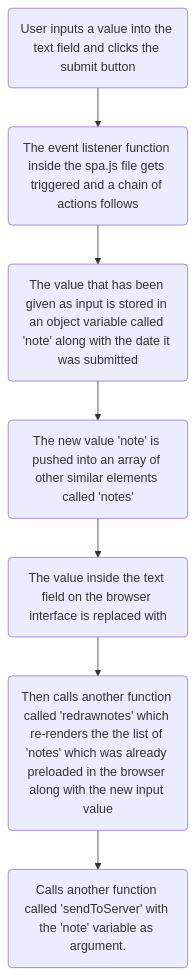
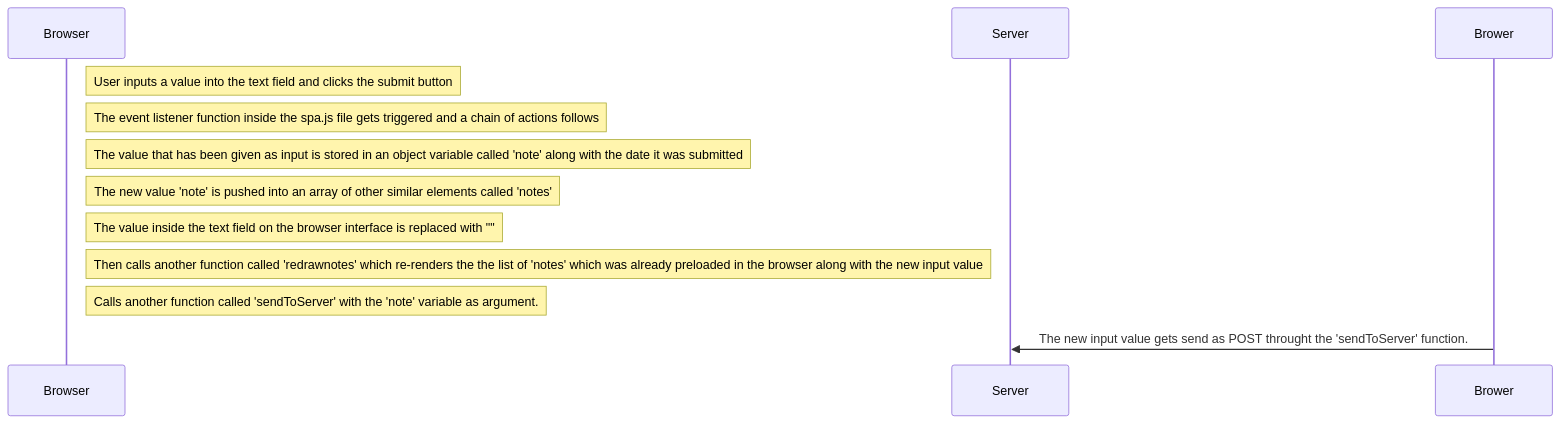
The diagram in part_0/new_note_in_spa_diagram.md (Deepesh2023/full-stack-open), drawn with Mermaid before and after one commit.

Commit message:
completed flowchart

````diff
--- a/part_0/new_note_in_spa_diagram.md
+++ b/part_0/new_note_in_spa_diagram.md
@@ -1,23 +1,26 @@
 ```mermaid
 
-    flowchart TD
+    sequenceDiagram
 
-        step1(User inputs a value into the text field and clicks the submit button)
+        participant Browser
+        participant Server
 
-        step2(The event listener function inside the spa.js file gets triggered and a chain of actions follows)
+        Note right of Browser: User inputs a value into the text field and clicks the submit button
 
-        step3(The value that has been given as input is stored in an object variable called 'note' along with the date it was submitted)
+        Note right of Browser: The event listener function inside the spa.js file gets triggered and a chain of actions follows
 
-        step4(The new value 'note' is pushed into an array of other similar elements called 'notes')
+        Note right of Browser: The value that has been given as input is stored in an object variable called 'note' along with the date it was submitted
 
-        step5(The value inside the text field on the browser interface is replaced with "")
+        Note right of Browser: The new value 'note' is pushed into an array of other similar elements called 'notes'
 
-        step6(Then calls another function called 'redrawnotes' which re-renders the the list of 'notes' which was already preloaded in the browser along with the new input value)
+        Note right of Browser: The value inside the text field on the browser interface is replaced with ""
 
-        step7(Calls another function called 'sendToServer' with the 'note' variable as argument.)
+        Note right of Browser: Then calls another function called 'redrawnotes' which re-renders the the list of 'notes' which was already preloaded in the browser along with the new input value
 
+        Note right of Browser: Calls another function called 'sendToServer' with the 'note' variable as argument.
 
-        step1-->step2-->step3-->step4-->step5-->step6-->step7
+        Brower->>Server: The new input value gets send as POST throught the 'sendToServer' function.
+
 
 
 ```
````
